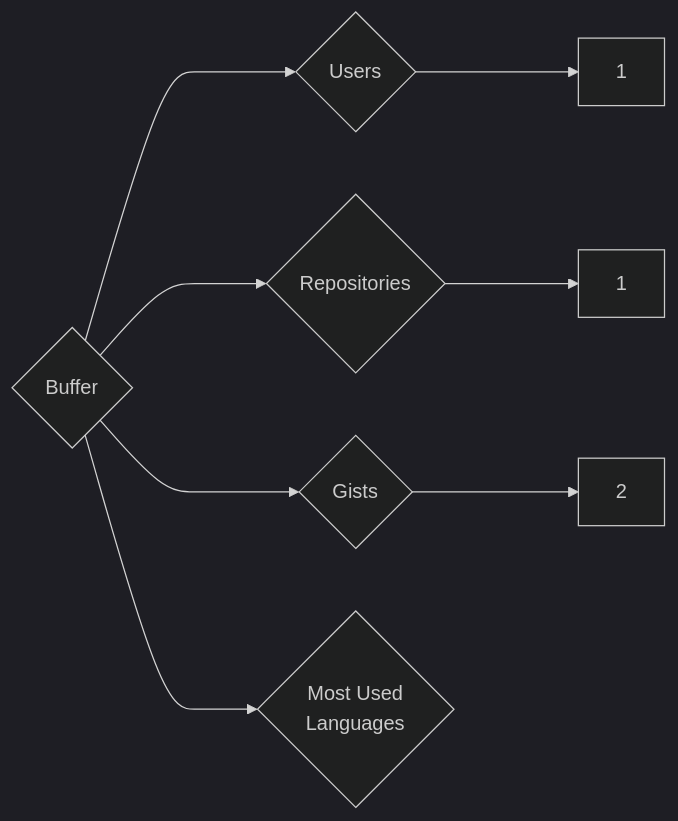
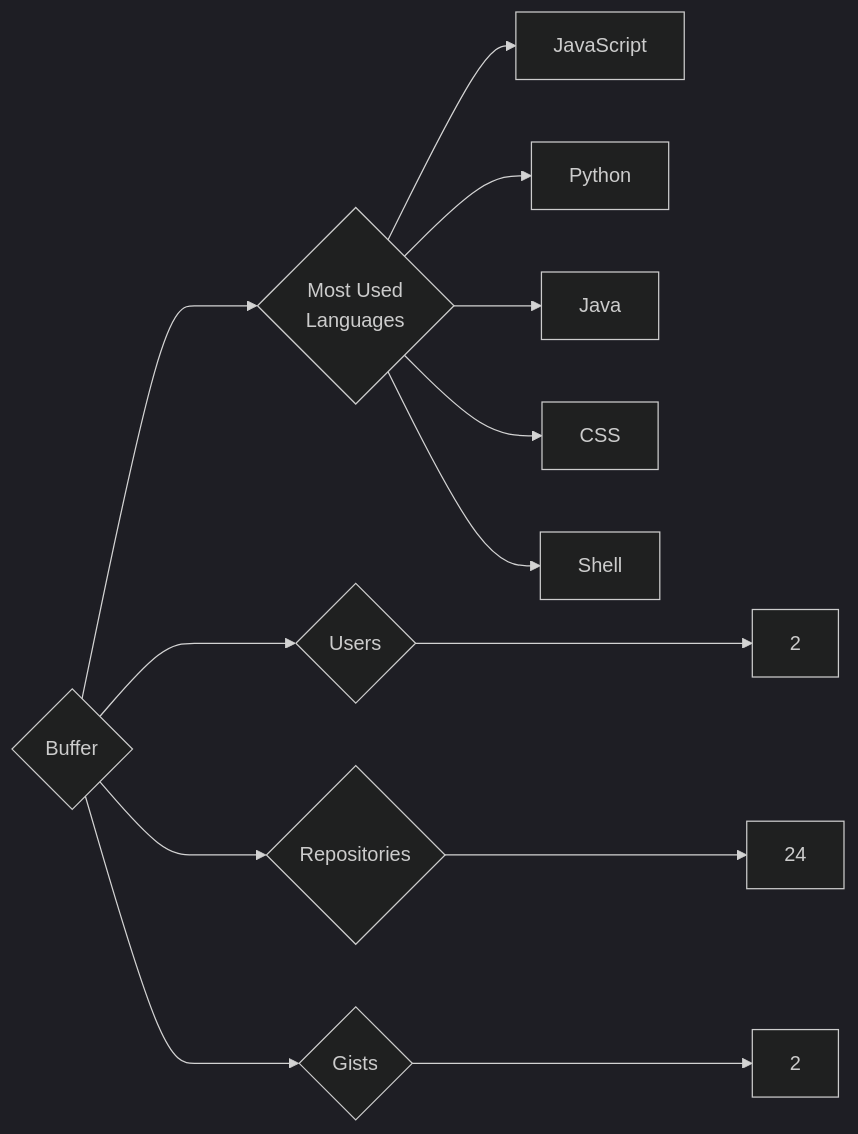
One commit to trickest/insiders changed the diagram in targets/Buffer/README.md. Above: the diagram before and after it, drawn with Mermaid (dark theme). The commit also changed 1089 other files, not shown here.

````diff
--- a/targets/Buffer/README.md
+++ b/targets/Buffer/README.md
@@ -3,8 +3,13 @@
 ```mermaid
 graph LR
 COMPANY_NAME{Buffer}
-COMPANY_NAME ---> U{Users} ---> UN[1]
-COMPANY_NAME ---> R{Repositories} ---> RN[1]
+COMPANY_NAME ---> U{Users} ---> UN[2]
+COMPANY_NAME ---> R{Repositories} ---> RN[24]
 COMPANY_NAME ---> G{Gists} ---> GN[2]
 COMPANY_NAME ---> ML{Most Used<br>Languages}
+ML --> JavaScript[JavaScript]
+ML --> Python[Python]
+ML --> Java[Java]
+ML --> CSS[CSS]
+ML --> Shell[Shell]
 ```
````
